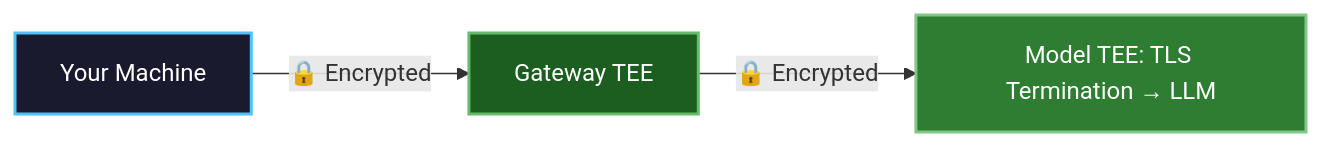
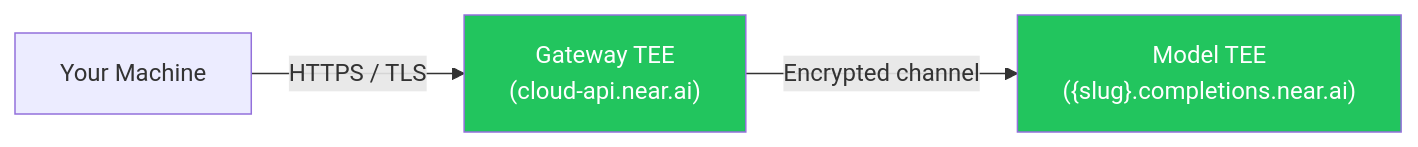
The first of 2 diagrams in cloud/private-inference.mdx (nearai/docs), drawn with Mermaid before and after one commit. The commit also changed other lines of this file and 29 other files, not shown here.

Commit message:
docs: generate NEAR AI Cloud customer-facing documentation

````diff
--- a/cloud/private-inference.mdx
+++ b/cloud/private-inference.mdx
@@ -61,8 +47,7 @@
 ```mermaid
 flowchart LR
-    A["Your Machine"] -->|"🔒 Encrypted"| B["Gateway TEE"] -->|"🔒 Encrypted"| C["Model TEE: TLS Termination → LLM"]
-
-    style A fill:#1a1a2e,stroke:#4fc3f7,stroke-width:2px,color:#fff
-    style B fill:#1b5e20,stroke:#66bb6a,stroke-width:2px,color:#fff
-    style C fill:#2e7d32,stroke:#81c784,stroke-width:2px,color:#fff
+    A["Your Machine"] -->|"HTTPS / TLS"| B["Gateway TEE\n(cloud-api.near.ai)"]
+    B -->|"Encrypted channel"| C["Model TEE\n({slug}.completions.near.ai)"]
+    style B fill:#22c55e,color:#fff
+    style C fill:#22c55e,color:#fff
 ```
````
